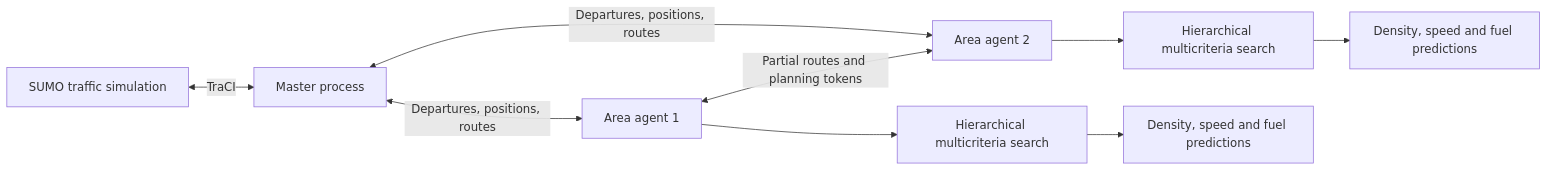
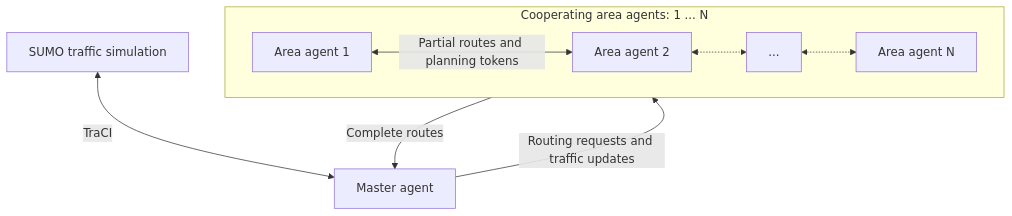
Before and after one commit to tem-kurbanov/dynamic-routing: the diagram in README.md, drawn with Mermaid. The commit also changed other lines of this file and 15 other files, not shown here.

Commit message:
Remove bundled paper sources and clarify cooperative routing diagram

````diff
--- a/README.md
+++ b/README.md
@@ -11,11 +11,13 @@
 ```mermaid
-flowchart LR
-    SUMO[SUMO traffic simulation] <-->|TraCI| MA[Master process]
-    MA <-->|Departures, positions, routes| A[Area agent 1]
-    MA <-->|Departures, positions, routes| B[Area agent 2]
-    A <-->|Partial routes and planning tokens| B
-    A --> P[Hierarchical multicriteria search]
-    B --> Q[Hierarchical multicriteria search]
-    P --> X[Density, speed and fuel predictions]
-    Q --> Y[Density, speed and fuel predictions]
+flowchart TB
+    SUMO[SUMO traffic simulation] <-->|TraCI| MA[Master agent]
+    MA -->|Routing requests and traffic updates| AGENTS
+    AGENTS -->|Complete routes| MA
+
+    subgraph AGENTS["Cooperating area agents: 1 ... N"]
+        direction LR
+        A1[Area agent 1] <-->|Partial routes and planning tokens| A2[Area agent 2]
+        A2 <-.-> MORE["..."]
+        MORE <-.-> AN[Area agent N]
+    end
 ```
````
